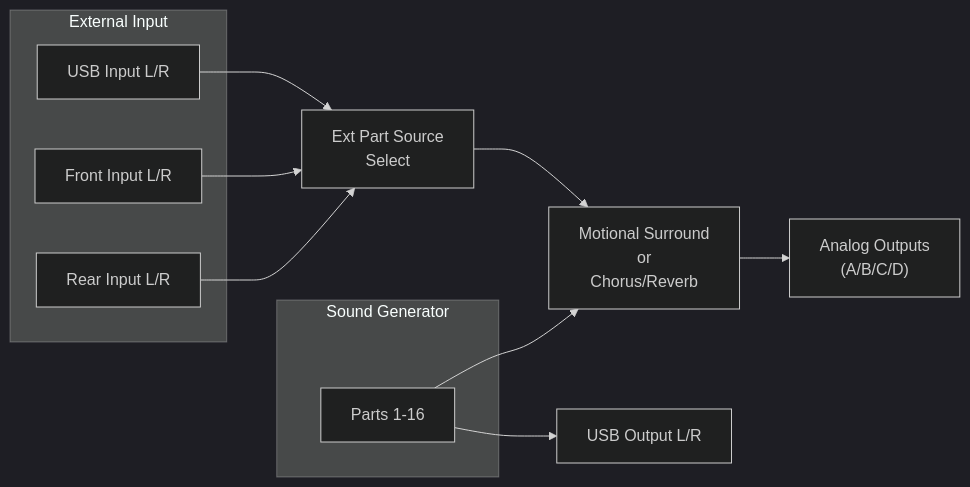
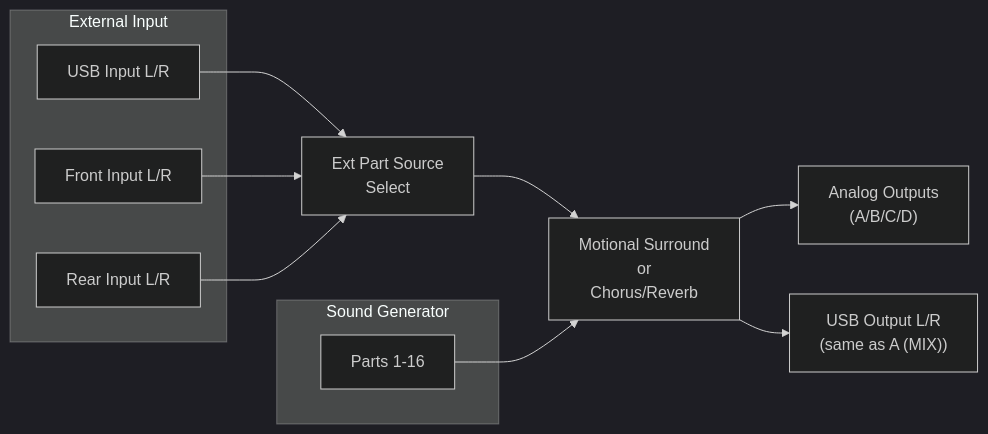
The first of 3 diagrams in docs/manual/05-operational.md (sigma/integral), drawn with Mermaid (dark theme) before and after one commit.

Commit message:
docs(manual): feed USB audio out from the A (MIX) bus, not the Parts

````diff
--- a/docs/manual/05-operational.md
+++ b/docs/manual/05-operational.md
@@ -58,23 +58,23 @@
 ```mermaid
 flowchart LR
     subgraph "External Input"
         USBIN["USB Input L/R"]
         FRONTIN["Front Input L/R"]
         REARIN["Rear Input L/R"]
     end
 
     SEL["Ext Part Source<br/>Select"]
     USBIN --> SEL
     FRONTIN --> SEL
     REARIN --> SEL
 
     subgraph "Sound Generator"
         PARTS["Parts 1-16"]
     end
 
     SEL --> MS_OR_FX["Motional Surround<br/>or<br/>Chorus/Reverb"]
     PARTS --> MS_OR_FX
 
     MS_OR_FX --> AOUT["Analog Outputs<br/>(A/B/C/D)"]
-    PARTS --> USBOUT["USB Output L/R"]
+    MS_OR_FX --> USBOUT["USB Output L/R<br/>(same as A (MIX))"]
 ```
````
